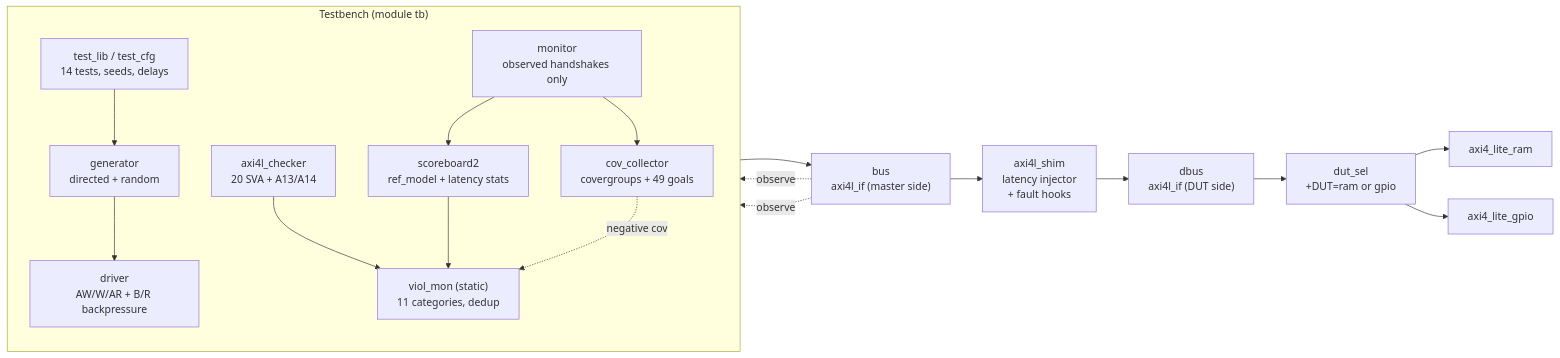
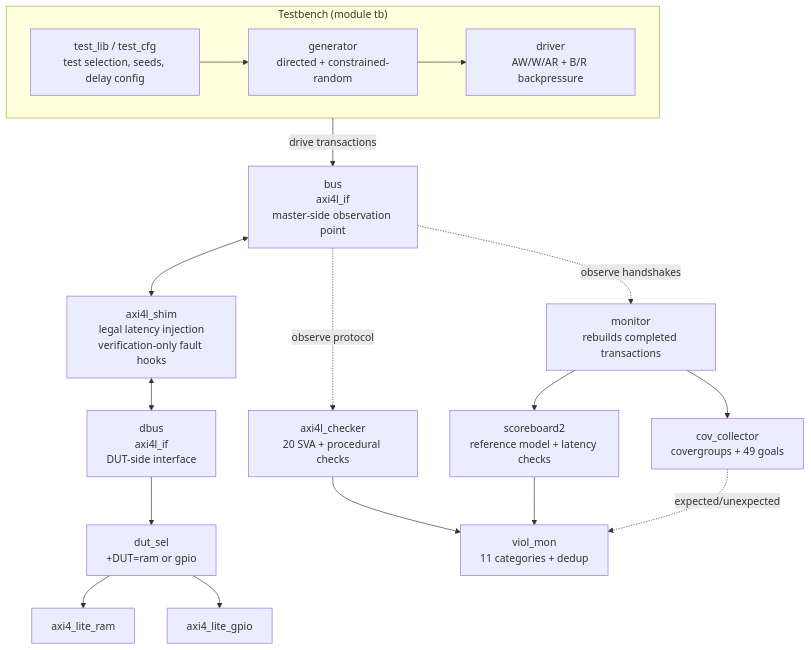
The first of 10 diagrams in README.md (shreedharpatil7141/AXI4-Lite-Compliance-Checker), drawn with Mermaid before and after one commit. The commit also changed other lines of this file and 12 other files, not shown here.

````diff
--- a/README.md
+++ b/README.md
@@ -63,34 +63,38 @@
 ```mermaid
-flowchart LR
+flowchart TB
     subgraph TB["Testbench (module tb)"]
-        direction TB
-        TL["test_lib / test_cfg<br/>14 tests, seeds, delays"]
-        GEN["generator<br/>directed + random"]
+        direction LR
+        CTRL["test_lib / test_cfg<br/>test selection, seeds, delay config"]
+        GEN["generator<br/>directed + constrained-random"]
         DRV["driver<br/>AW/W/AR + B/R backpressure"]
-        MON["monitor<br/>observed handshakes only"]
-        SCB["scoreboard2<br/>ref_model + latency stats"]
-        COV["cov_collector<br/>covergroups + 49 goals"]
-        VM["viol_mon (static)<br/>11 categories, dedup"]
-        CHK["axi4l_checker<br/>20 SVA + A13/A14"]
-        TL --> GEN --> DRV
+        CTRL --> GEN --> DRV
     end
 
-    BUS["bus<br/>axi4l_if (master side)"]
-    SHIM["axi4l_shim<br/>latency injector<br/>+ fault hooks"]
-    DBUS["dbus<br/>axi4l_if (DUT side)"]
+    MIF["bus<br/>axi4l_if<br/>master-side observation point"]
+    SHIM["axi4l_shim<br/>legal latency injection<br/>verification-only fault hooks"]
+    DIF["dbus<br/>axi4l_if<br/>DUT-side interface"]
     SEL["dut_sel<br/>+DUT=ram or gpio"]
     RAM["axi4_lite_ram"]
     GPIO["axi4_lite_gpio"]
 
-    DRV --> BUS
-    BUS --> SHIM --> DBUS --> SEL
+    DRV -->|drive transactions| MIF
+    MIF <--> SHIM
+    SHIM <--> DIF
+    DIF --> SEL
     SEL --> RAM
     SEL --> GPIO
-    BUS -.observe.-> MON
-    BUS -.observe.-> CHK
+
+    MON["monitor<br/>rebuilds completed transactions"]
+    CHK["axi4l_checker<br/>20 SVA + procedural checks"]
+    SCB["scoreboard2<br/>reference model + latency checks"]
+    COV["cov_collector<br/>covergroups + 49 goals"]
+    VM["viol_mon<br/>11 categories + dedup"]
+
+    MIF -. observe handshakes .-> MON
+    MIF -. observe protocol .-> CHK
     MON --> SCB
     MON --> COV
     CHK --> VM
     SCB --> VM
-    COV -.negative cov.-> VM
+    COV -. expected/unexpected .-> VM
 ```
````
